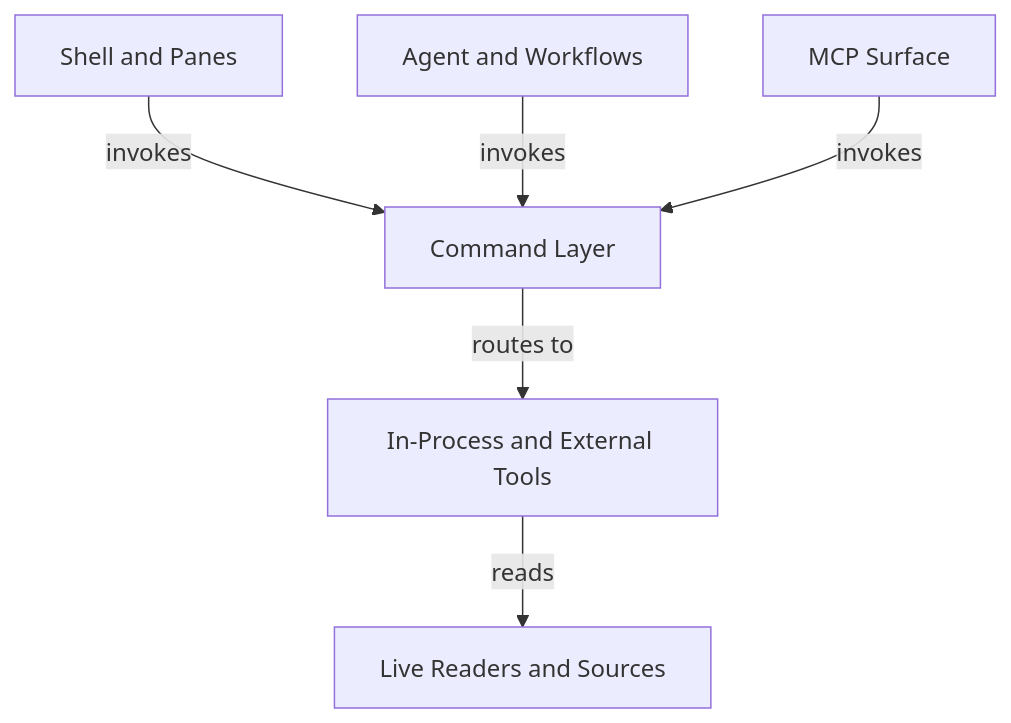
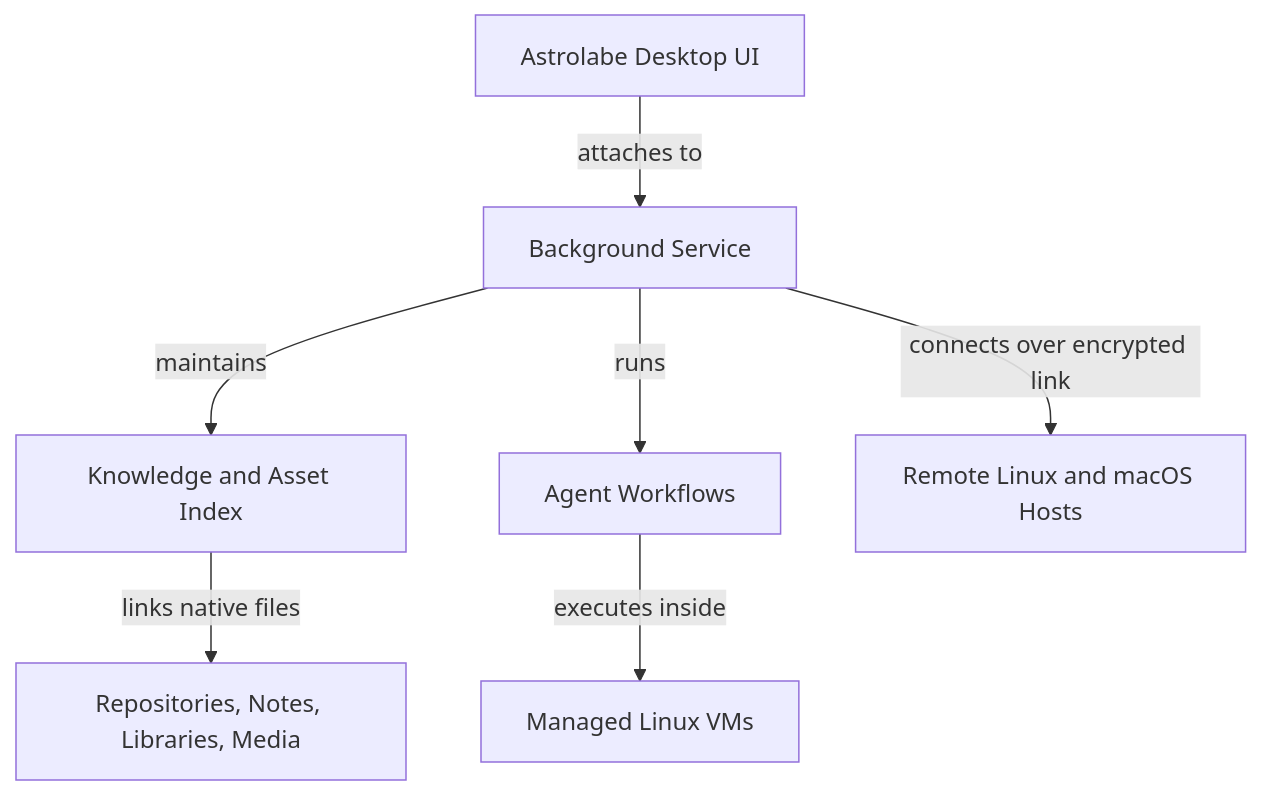
The second of 2 diagrams in docs/architecture/architecture.md (AhmedKhan-GH/astrolabe), drawn with Mermaid before and after one commit. The commit also changed other lines of this file and 5 other files, not shown here.

Commit message:
Remove open-core page and rewrite Introduction and Architecture docs

````diff
--- a/docs/architecture/architecture.md
+++ b/docs/architecture/architecture.md
@@ -50,8 +71,9 @@
 ```mermaid
 flowchart TB
-    shell[Shell and Panes] -->|invokes| commands[Command Layer]
-    agent[Agent and Workflows] -->|invokes| commands
-    mcp[MCP Surface] -->|invokes| commands
-    commands -->|routes to| tools[In-Process and External Tools]
-    tools -->|reads| sources[Live Readers and Sources]
+    ui[Astrolabe Desktop UI] -->|attaches to| daemon[Background Service]
+    daemon -->|maintains| index[Knowledge and Asset Index]
+    daemon -->|runs| workflows[Agent Workflows]
+    workflows -->|executes inside| vms[Managed Linux VMs]
+    daemon -->|connects over encrypted link| remote[Remote Linux and macOS Hosts]
+    index -->|links native files| sources[Repositories, Notes, Libraries, Media]
 ```
````
